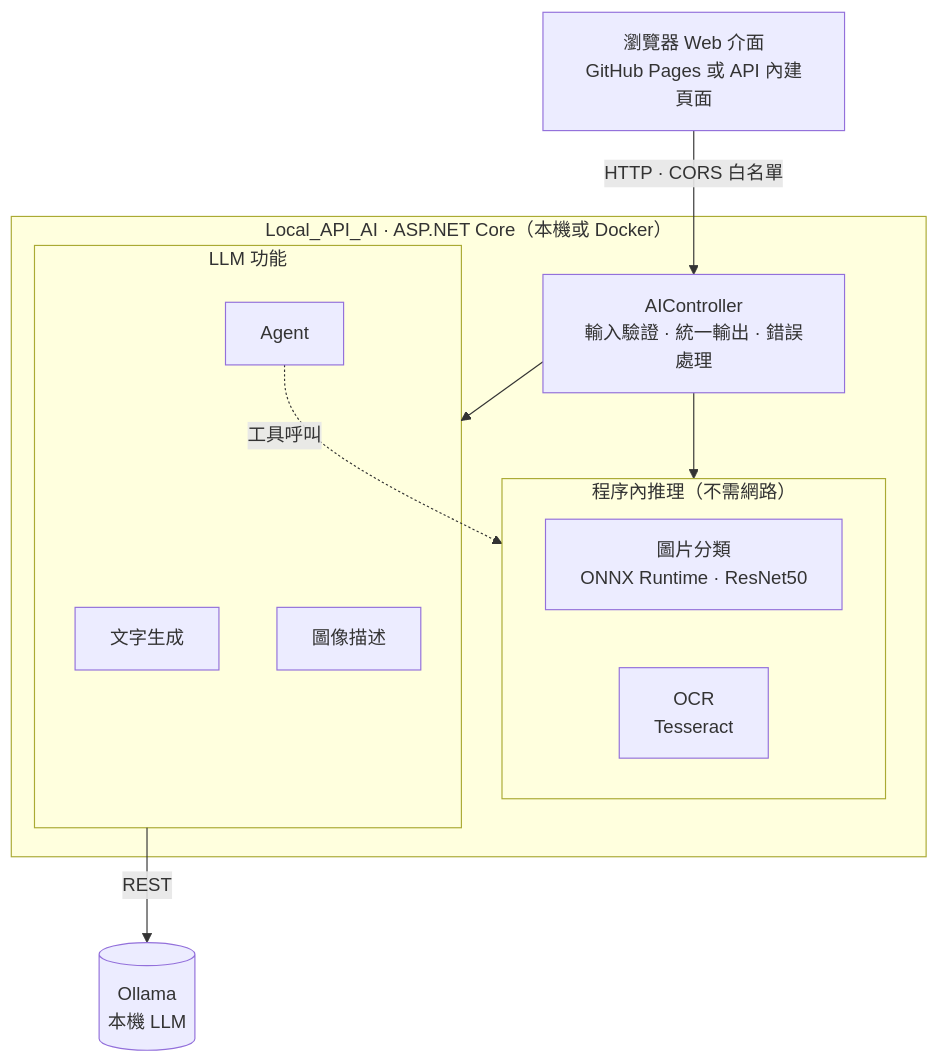
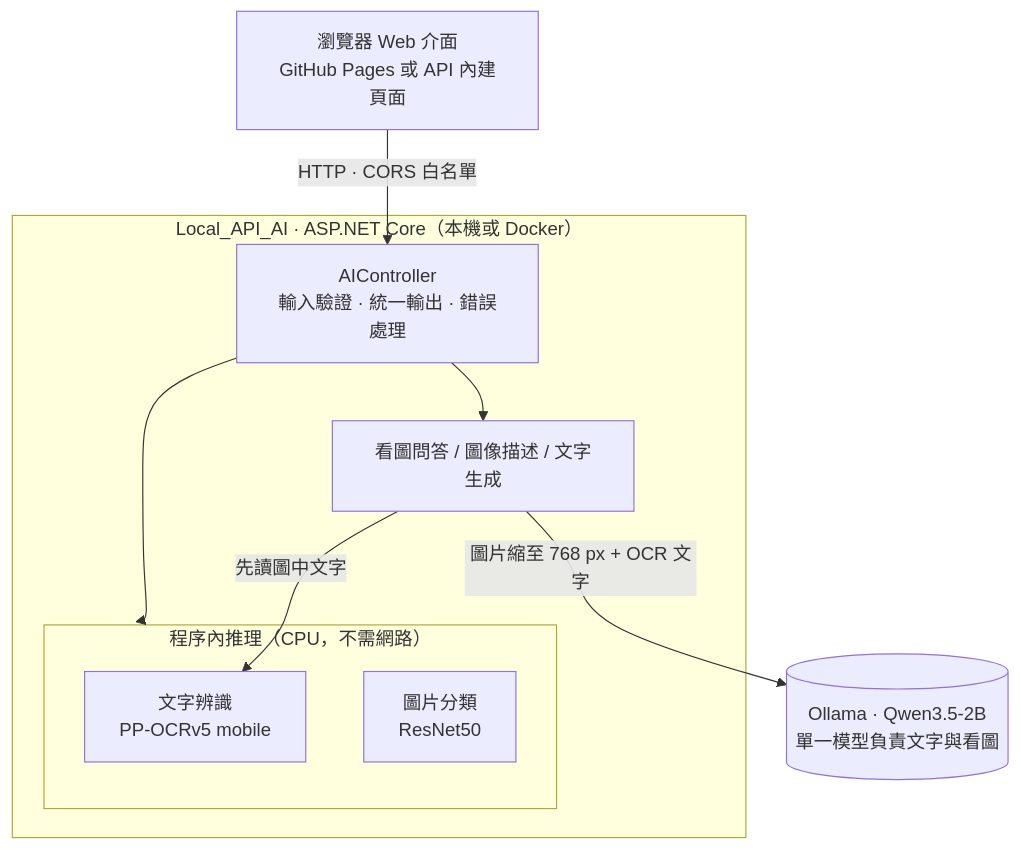
Before and after one commit to reedlin2002/Local_API_AI: the first of 4 diagrams in README.md, drawn with Mermaid. The commit also changed other lines of this file and 1 other file, not shown here.

````diff
--- a/README.md
+++ b/README.md
@@ -67,25 +67,21 @@
 ```mermaid
 flowchart TB
     UI["瀏覽器 Web 介面<br/>GitHub Pages 或 API 內建頁面"]
 
     subgraph API["Local_API_AI · ASP.NET Core（本機或 Docker）"]
         C["AIController<br/>輸入驗證 · 統一輸出 · 錯誤處理"]
-        subgraph InProc["程序內推理（不需網路）"]
-            CLS["圖片分類<br/>ONNX Runtime · ResNet50"]
-            OCR["OCR<br/>Tesseract"]
+        subgraph InProc["程序內推理（CPU，不需網路）"]
+            OCR["文字辨識<br/>PP-OCRv5 mobile"]
+            CLS["圖片分類<br/>ResNet50"]
         end
-        subgraph LLM["LLM 功能"]
-            TXT["文字生成"]
-            DESC["圖像描述"]
-            AG["Agent"]
-        end
+        AS["看圖問答 / 圖像描述 / 文字生成"]
     end
 
-    OL[("Ollama<br/>本機 LLM")]
+    OL[("Ollama · Qwen3.5-2B<br/>單一模型負責文字與看圖")]
 
     UI -->|"HTTP · CORS 白名單"| C
     C --> InProc
-    C --> LLM
-    LLM -->|"REST"| OL
-    AG -.->|"工具呼叫"| InProc
+    C --> AS
+    AS -->|"先讀圖中文字"| OCR
+    AS -->|"圖片縮至 768 px + OCR 文字"| OL
 ```
````
